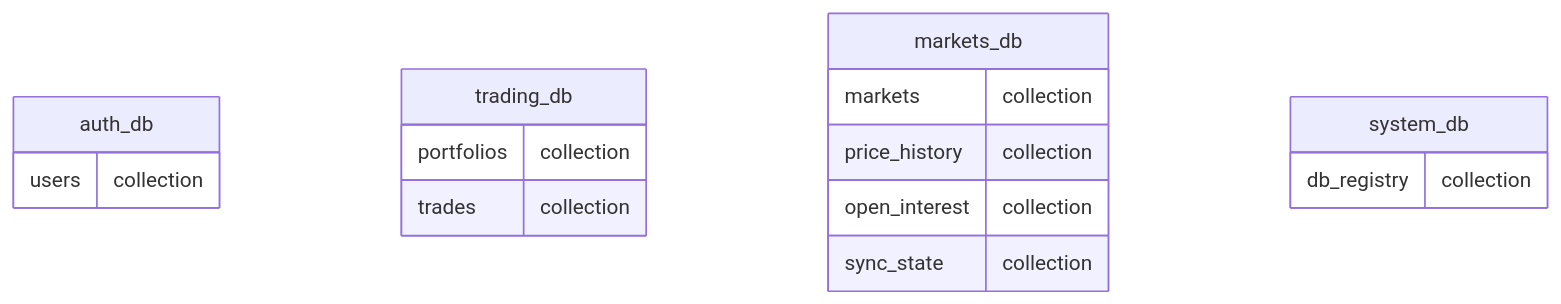
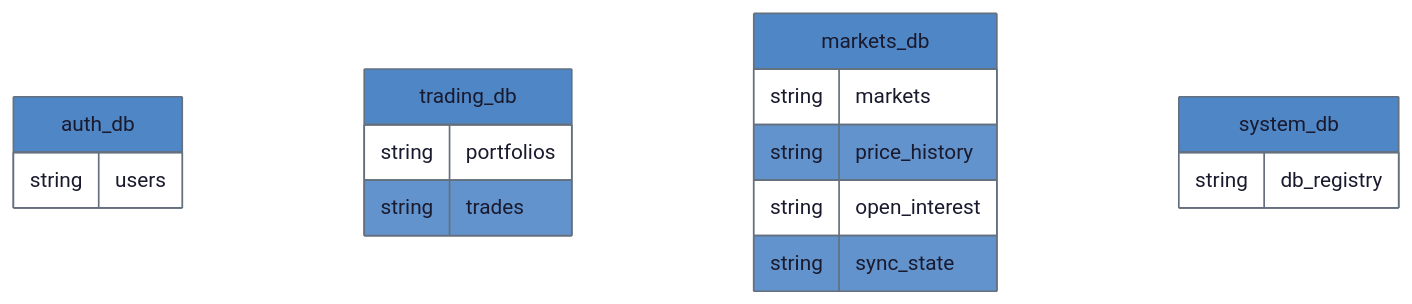
The third of 3 diagrams in README.md (leopaulmarotte/PaperTradingPM), drawn with Mermaid before and after one commit. The commit also changed other lines of this file, not shown here.

Commit message:
better diagrams

````diff
--- a/README.md
+++ b/README.md
@@ -215,22 +217,23 @@
 ```mermaid
+%%{init: {'theme': 'base', 'themeVariables': { 'primaryColor': '#4f86c6', 'primaryTextColor': '#1a1a2e', 'lineColor': '#5c7cfa', 'entityBkg': '#e8f4f8', 'entityBorder': '#4f86c6'}}}%%
 erDiagram
     auth_db {
-        users collection
+        string users
     }
     
     trading_db {
-        portfolios collection
-        trades collection
+        string portfolios
+        string trades
     }
     
     markets_db {
-        markets collection
-        price_history collection
-        open_interest collection
-        sync_state collection
+        string markets
+        string price_history
+        string open_interest
+        string sync_state
     }
     
     system_db {
-        db_registry collection
+        string db_registry
     }
 ```
````
